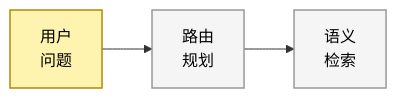
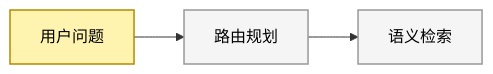
Before and after one commit to BillZong/BillZong.github.io: the ninth of 11 diagrams in source/_posts/bi-evolution-6-ai-native-restructure.md, drawn with Mermaid. The commit also changed other lines of this file, not shown here.

First line of the commit message:
fix(BI-ch6): remove \n from mermaid labels

```diff
--- a/source/_posts/bi-evolution-6-ai-native-restructure.md
+++ b/source/_posts/bi-evolution-6-ai-native-restructure.md
@@ -461,12 +461,12 @@
 {% mermaid %}
 flowchart LR
     classDef entry fill:#fff3b0,stroke:#b58900,color:#000,stroke-width:1.5px
     classDef decision fill:#fce4ec,stroke:#c62828,color:#000,stroke-width:1.5px
     classDef exit fill:#e8f5e8,stroke:#2e7d32,color:#000,stroke-width:1.5px
     classDef normal fill:#f5f5f5,stroke:#999,color:#000,stroke-width:1.5px
 
-    Q["用户\n问题"]:::entry
-    R["路由\n规划"]:::normal
-    Re["语义\n检索"]:::normal
+    Q["用户问题"]:::entry
+    R["路由规划"]:::normal
+    Re["语义检索"]:::normal
     Q --> R --> Re
 {% endmermaid %}
```
